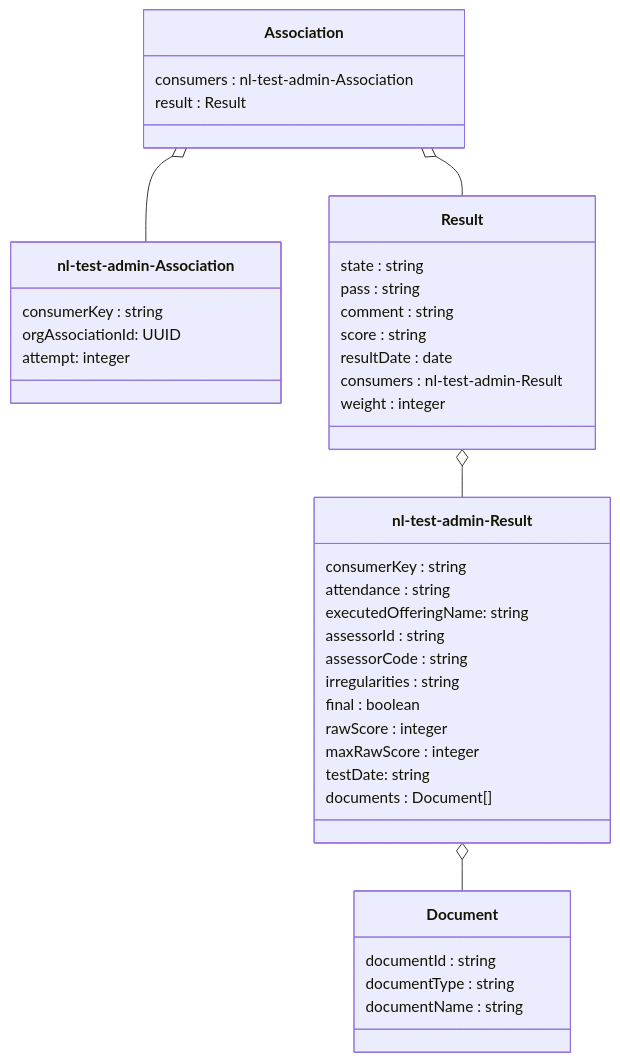
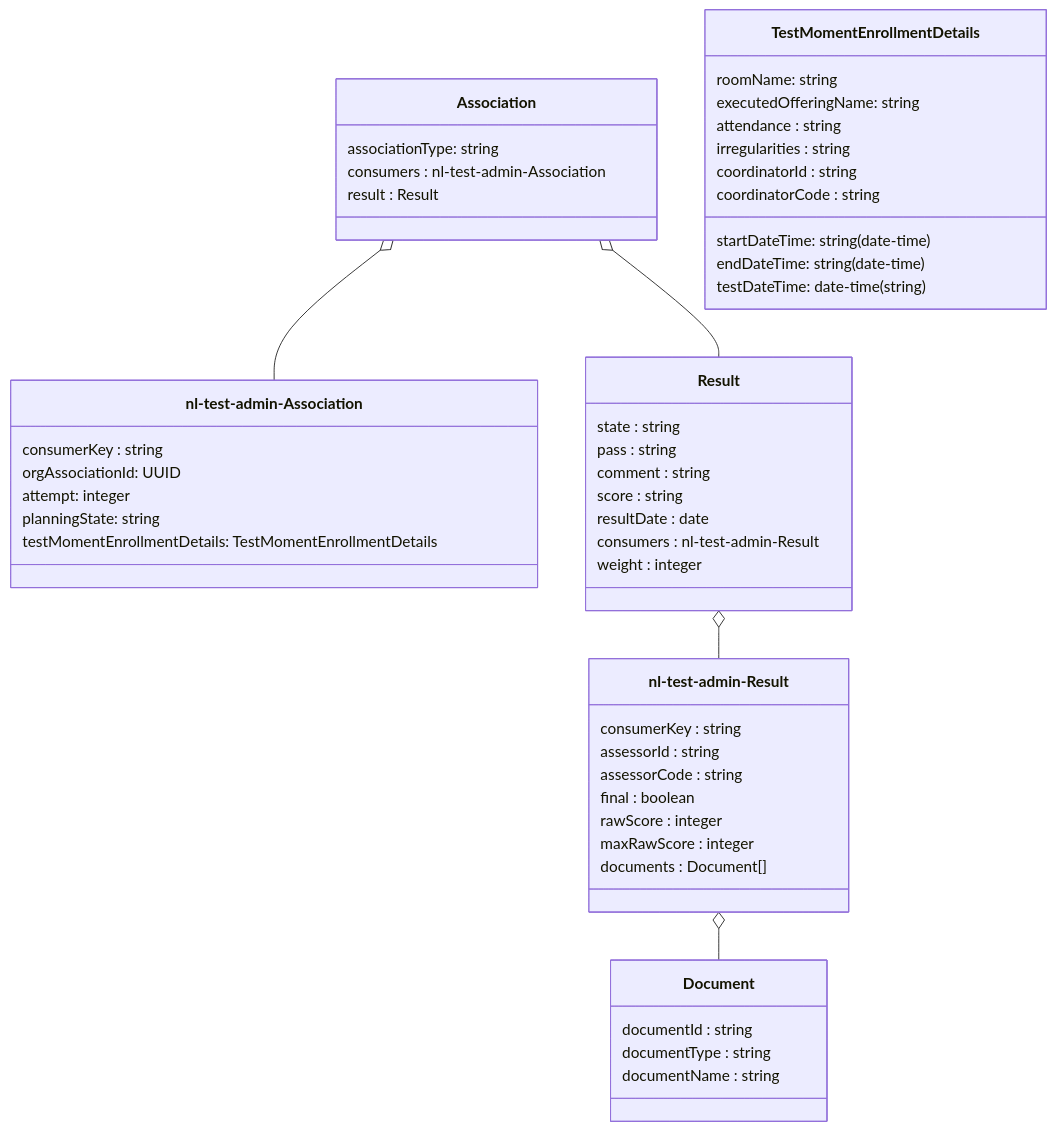
One commit to NetwerkExamineringDigitalisering/NED-OOAPI changed the second of 4 diagrams in doc/flow5.md. Above: the diagram before and after it, drawn with Mermaid. The commit also changed other lines of this file and 4 other files, not shown here.

Commit message:
update documentation flow 3 and 5

````diff
--- a/doc/flow5.md
+++ b/doc/flow5.md
@@ -36,43 +36,53 @@
 ```mermaid
 classDiagram
     class Association {
+        associationType: string
         consumers : nl-test-admin-Association
     	result : Result
     }
     class `nl-test-admin-Association` {
         consumerKey : string
         orgAssociationId: UUID
         attempt: integer
+        planningState: string
+        testMomentEnrollmentDetails: TestMomentEnrollmentDetails
     }
     class Result {
     	state : string
         pass : string
         comment : string
         score : string
         resultDate : date
         consumers : nl-test-admin-Result
         weight : integer
     }
     class `nl-test-admin-Result` {
         consumerKey : string
-        attendance : string
-        executedOfferingName: string
         assessorId : string
         assessorCode : string 
-        irregularities : string
         final : boolean 
         rawScore : integer 
         maxRawScore : integer
-        testDate: string
         documents : Document[]
+    }
+    class `TestMomentEnrollmentDetails` {
+        startDateTime: string (date-time)
+        endDateTime: string (date-time)
+        roomName: string
+        executedOfferingName: string
+        attendance : string
+        testDateTime: date-time (string)
+        irregularities : string
+        coordinatorId : string
+        coordinatorCode : string 
     }
     class Document {
         documentId : string
         documentType : string
         documentName : string
     }
     Association o-- Result
     Association o-- `nl-test-admin-Association`
     Result o-- `nl-test-admin-Result`
     `nl-test-admin-Result` o-- Document
 ```
````
